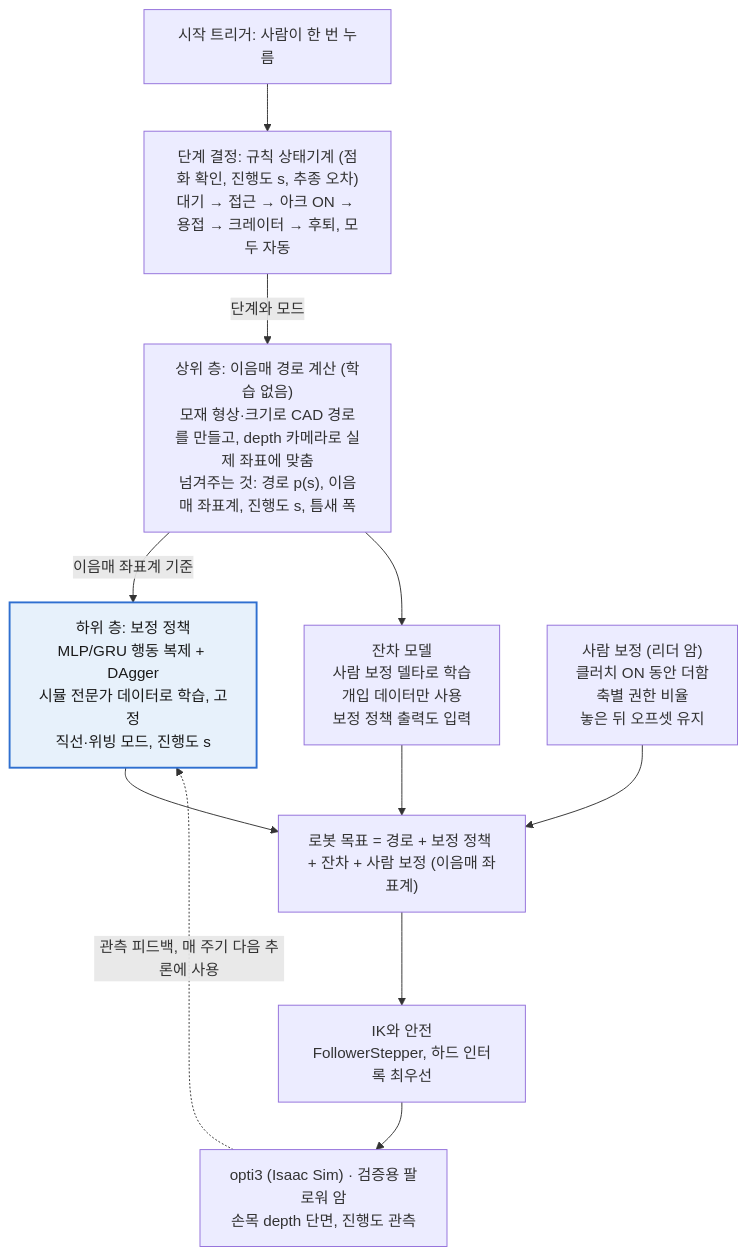
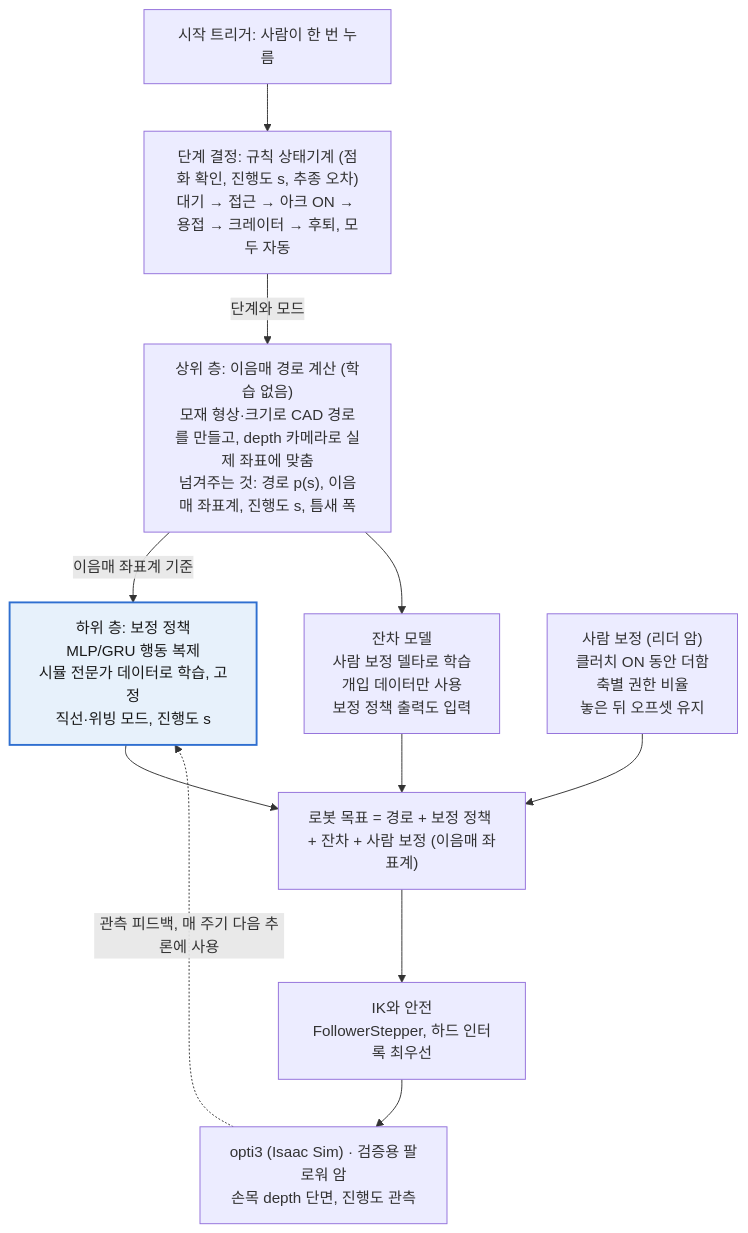
One commit to seongbean/Welding-Robot changed the diagram in README.md. Above: the diagram before and after it, drawn with Mermaid. The commit also changed other lines of this file and 3 other files, not shown here.

````diff
--- a/README.md
+++ b/README.md
@@ -11,16 +11,16 @@
 ```mermaid
 flowchart TD
     trigger["시작 트리거: 사람이 한 번 누름"] --> phase["단계 결정: 규칙 상태기계 (점화 확인, 진행도 s, 추종 오차)<br/>대기 → 접근 → 아크 ON → 용접 → 크레이터 → 후퇴, 모두 자동"]
     phase -->|단계와 모드| upper["상위 층: 이음매 경로 계산 (학습 없음)<br/>모재 형상·크기로 CAD 경로를 만들고, depth 카메라로 실제 좌표에 맞춤<br/>넘겨주는 것: 경로 p(s), 이음매 좌표계, 진행도 s, 틈새 폭"]
-    upper -->|이음매 좌표계 기준| base["하위 층: 보정 정책<br/>MLP/GRU 행동 복제 + DAgger<br/>시뮬 전문가 데이터로 학습, 고정<br/>직선·위빙 모드, 진행도 s"]
+    upper -->|이음매 좌표계 기준| base["하위 층: 보정 정책<br/>MLP/GRU 행동 복제<br/>시뮬 전문가 데이터로 학습, 고정<br/>직선·위빙 모드, 진행도 s"]
     upper --> residual["잔차 모델<br/>사람 보정 델타로 학습<br/>개입 데이터만 사용<br/>보정 정책 출력도 입력"]
     human["사람 보정 (리더 암)<br/>클러치 ON 동안 더함<br/>축별 권한 비율<br/>놓은 뒤 오프셋 유지"]
     base --> sum["로봇 목표 = 경로 + 보정 정책 + 잔차 + 사람 보정 (이음매 좌표계)"]
     residual --> sum
     human --> sum
     sum --> ik["IK와 안전<br/>FollowerStepper, 하드 인터록 최우선"]
     ik --> robot["opti3 (Isaac Sim) · 검증용 팔로워 암<br/>손목 depth 단면, 진행도 관측"]
     robot -. 관측 피드백, 매 주기 다음 추론에 사용 .-> base
     classDef learned fill:#e7f1fb,stroke:#2f6fd0,stroke-width:2px,color:#1a1a1a
     class base learned
 ```
````
